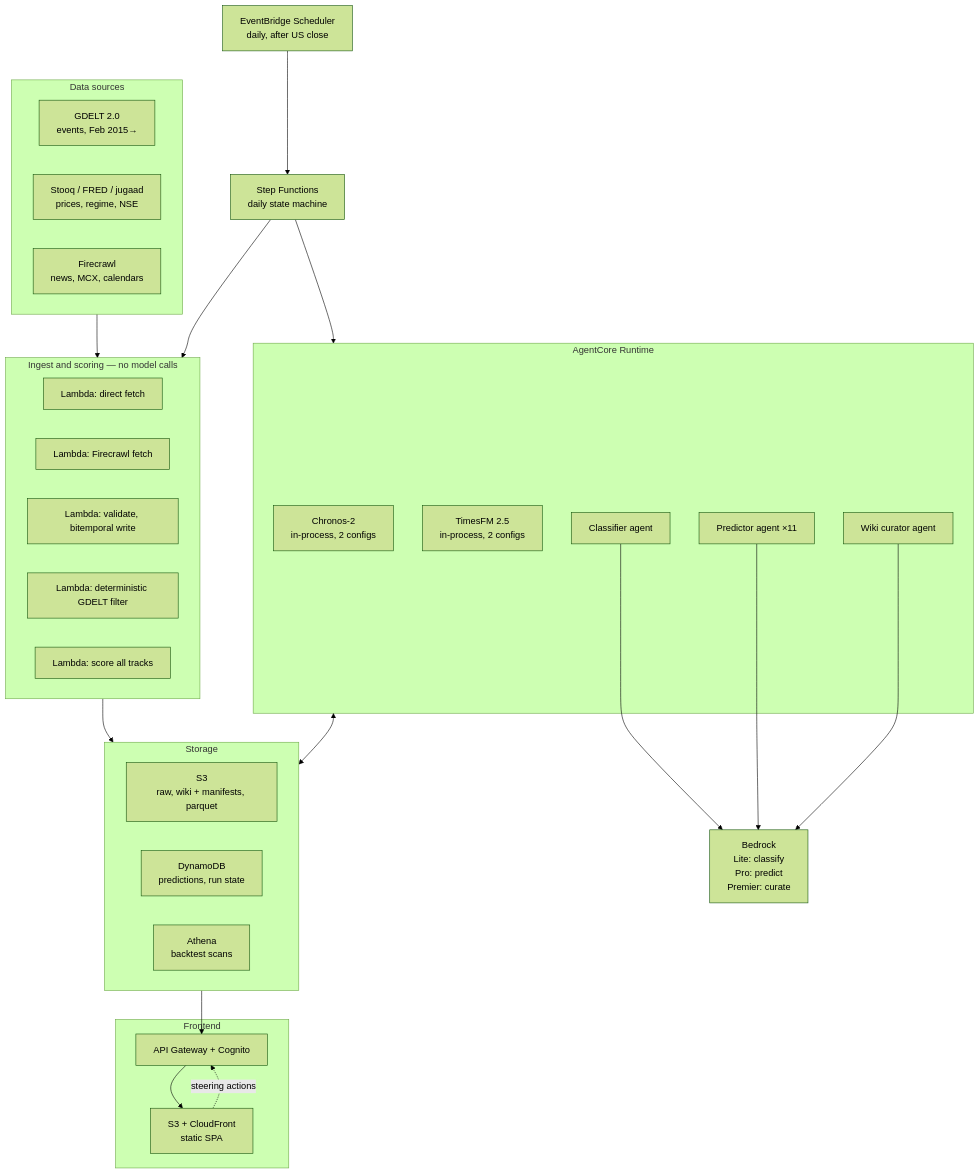
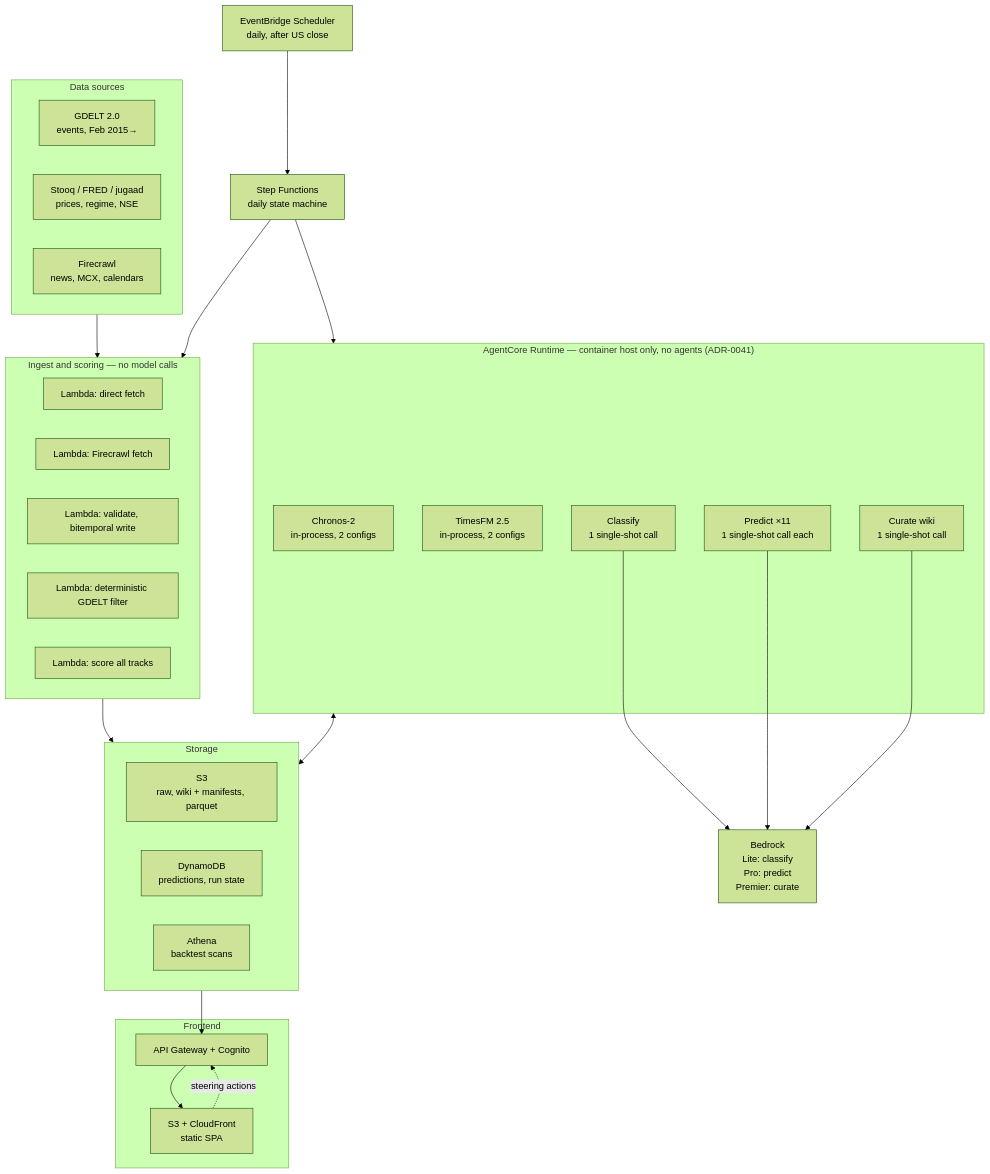
One commit to itamittech/finevents changed the diagram in docs/design/aws-architecture.md. Above: the diagram before and after it, drawn with Mermaid (forest theme). The commit also changed other lines of this file and 7 other files, not shown here.

````diff
--- a/docs/design/aws-architecture.md
+++ b/docs/design/aws-architecture.md
@@ -11,54 +13,54 @@
 ```mermaid
 flowchart TB
     subgraph sources["Data sources"]
         direction LR
         GD["GDELT 2.0<br/>events, Feb 2015→"]
         ST["Stooq / FRED / jugaad<br/>prices, regime, NSE"]
         FC["Firecrawl<br/>news, MCX, calendars"]
     end
 
     EB["EventBridge Scheduler<br/>daily, after US close"]
     SF["Step Functions<br/>daily state machine"]
 
     subgraph ingest["Ingest and scoring — no model calls"]
         L1["Lambda: direct fetch"]
         L2["Lambda: Firecrawl fetch"]
         L3["Lambda: validate, bitemporal write"]
         L4["Lambda: deterministic GDELT filter"]
         L5["Lambda: score all tracks"]
     end
 
-    subgraph runtime["AgentCore Runtime"]
+    subgraph runtime["AgentCore Runtime — container host only, no agents (ADR-0041)"]
         CH["Chronos-2<br/>in-process, 2 configs"]
         TF["TimesFM 2.5<br/>in-process, 2 configs"]
-        A1["Classifier agent"]
-        A2["Predictor agent ×11"]
-        A3["Wiki curator agent"]
+        A1["Classify<br/>1 single-shot call"]
+        A2["Predict ×11<br/>1 single-shot call each"]
+        A3["Curate wiki<br/>1 single-shot call"]
     end
 
     BR["Bedrock<br/>Lite: classify<br/>Pro: predict<br/>Premier: curate"]
 
     subgraph store["Storage"]
         S3["S3<br/>raw, wiki + manifests, parquet"]
         DDB["DynamoDB<br/>predictions, run state"]
         ATH["Athena<br/>backtest scans"]
     end
 
     subgraph front["Frontend"]
         AG["API Gateway + Cognito"]
         CF["S3 + CloudFront<br/>static SPA"]
     end
 
     sources --> ingest
     EB --> SF
     SF --> ingest
     SF --> runtime
     ingest --> store
     A1 --> BR
     A2 --> BR
     A3 --> BR
     runtime <--> store
     store --> AG
     AG --> CF
     CF -.->|steering actions| AG
 ```
````
